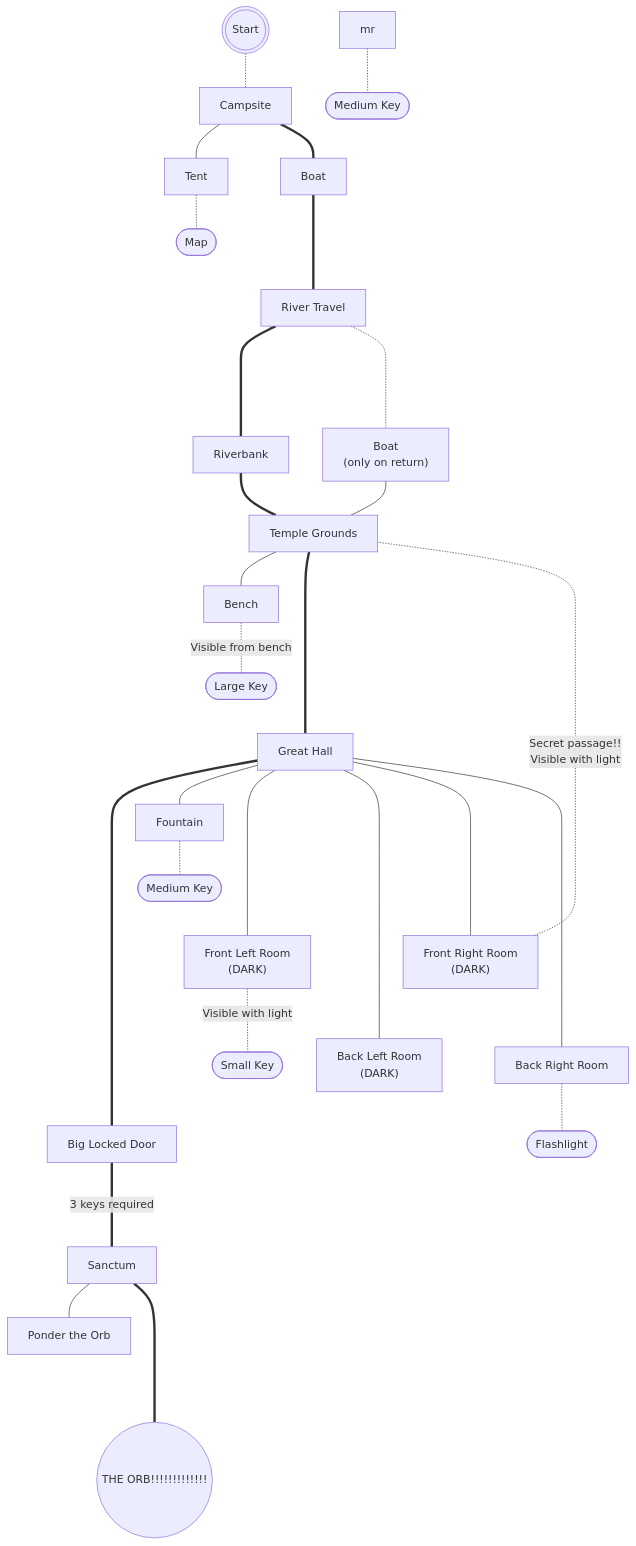
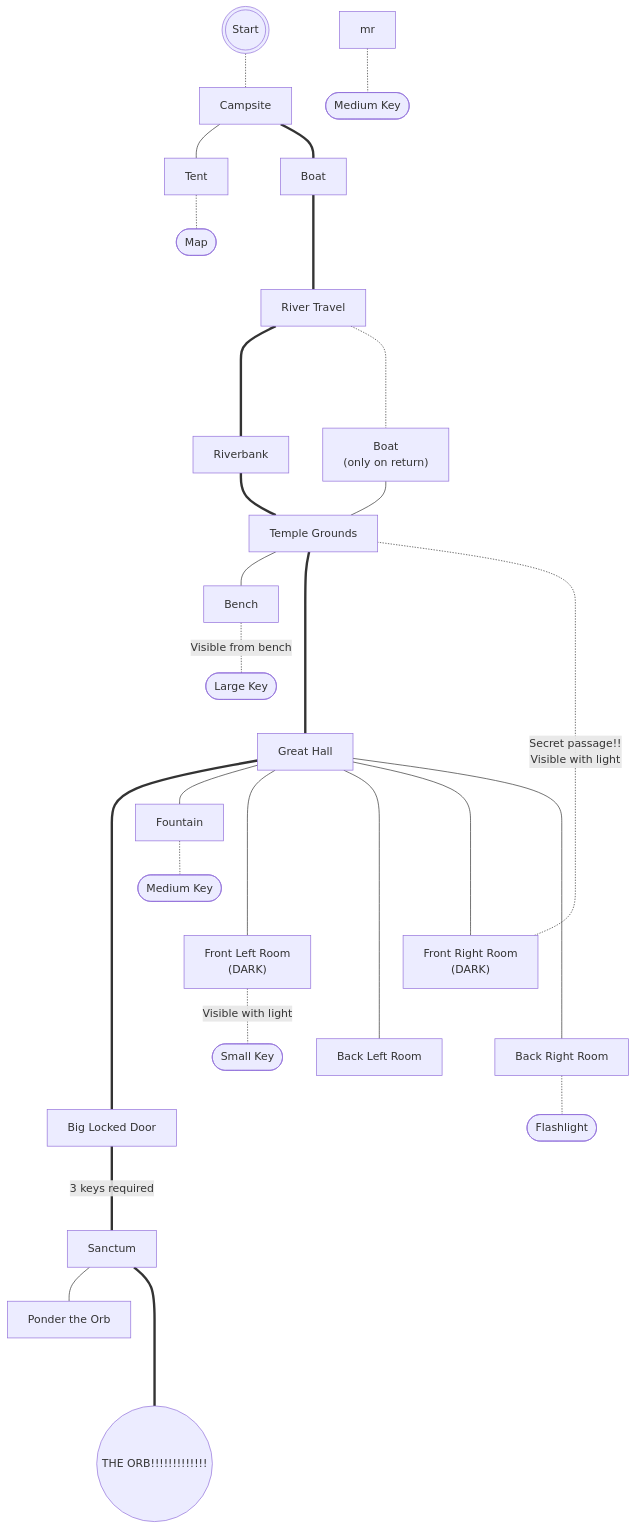
The diagram in projects/game/README.md (UnPolloLoco/UnPolloLoco.github.io), drawn with Mermaid before and after one commit. The commit also changed other lines of this file and 1 other file, not shown here.

Commit message:
Temple rooms

````diff
--- a/projects/game/README.md
+++ b/projects/game/README.md
@@ -13,40 +13,39 @@
 ```mermaid
 graph TD;
     s(((Start))) -.- Campsite
     Campsite --- Tent
     Tent -.- mnc(["Map"])
     Campsite === Boat
     Boat ==== river["River Travel"]
     river =====  Riverbank
 
     Riverbank === grounds["Temple Grounds"]
     river -.- b2["Boat
                 (only on return)"] --- grounds
     grounds --- Bench
     Bench -.-|Visible from bench| large(["Large Key"])
     grounds ===== hall["Great Hall"]
 
     hall ======= door["Big Locked Door"]
     hall --- Fountain -.- med(["Medium Key"])
 
     hall ----- fl["Front Left Room 
                  (DARK)"]
-    hall ------ bl["Back Left Room 
-                  (DARK)"]
+    hall ------ bl["Back Left Room"]
     hall ----- fr["Front Right Room
                  (DARK)"]
     hall ------ br["Back Right Room"]
 
 
     fr -.-|Secret passage!!
            Visible with light| grounds
     fl -.-|Visible with light| small(["Small Key"])
     mr -.- medium(["Medium Key"])
     br -.- lant([Flashlight])
 
 
 
     door ====|3 keys required| Sanctum
     Sanctum --- admire["Ponder the Orb"]
     Sanctum ===== orb(("THE ORB!!!!!!!!!!!!!"))
 ```
````
